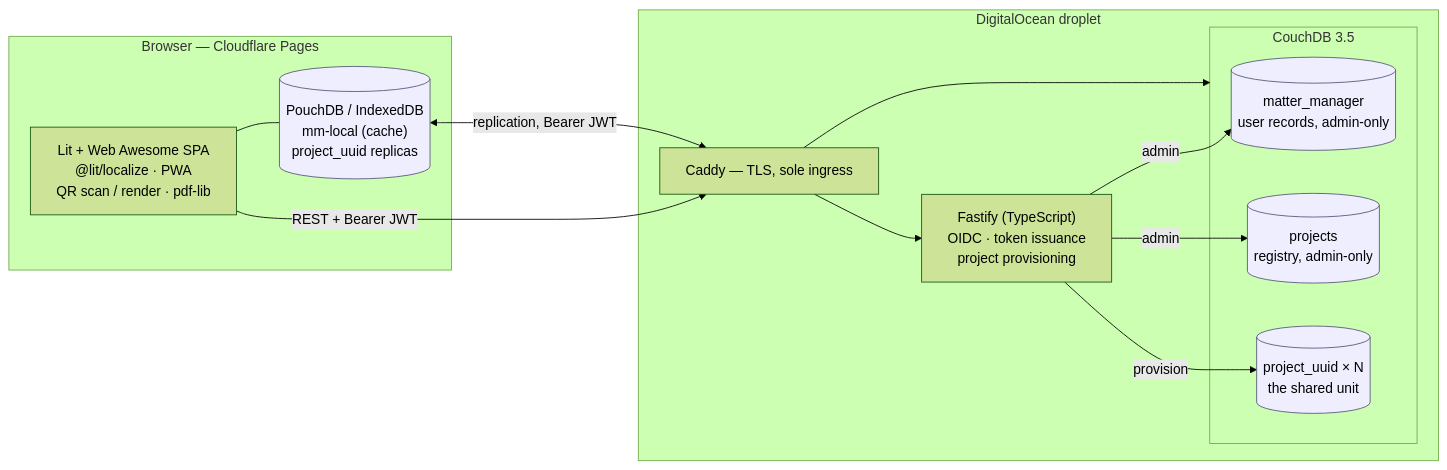
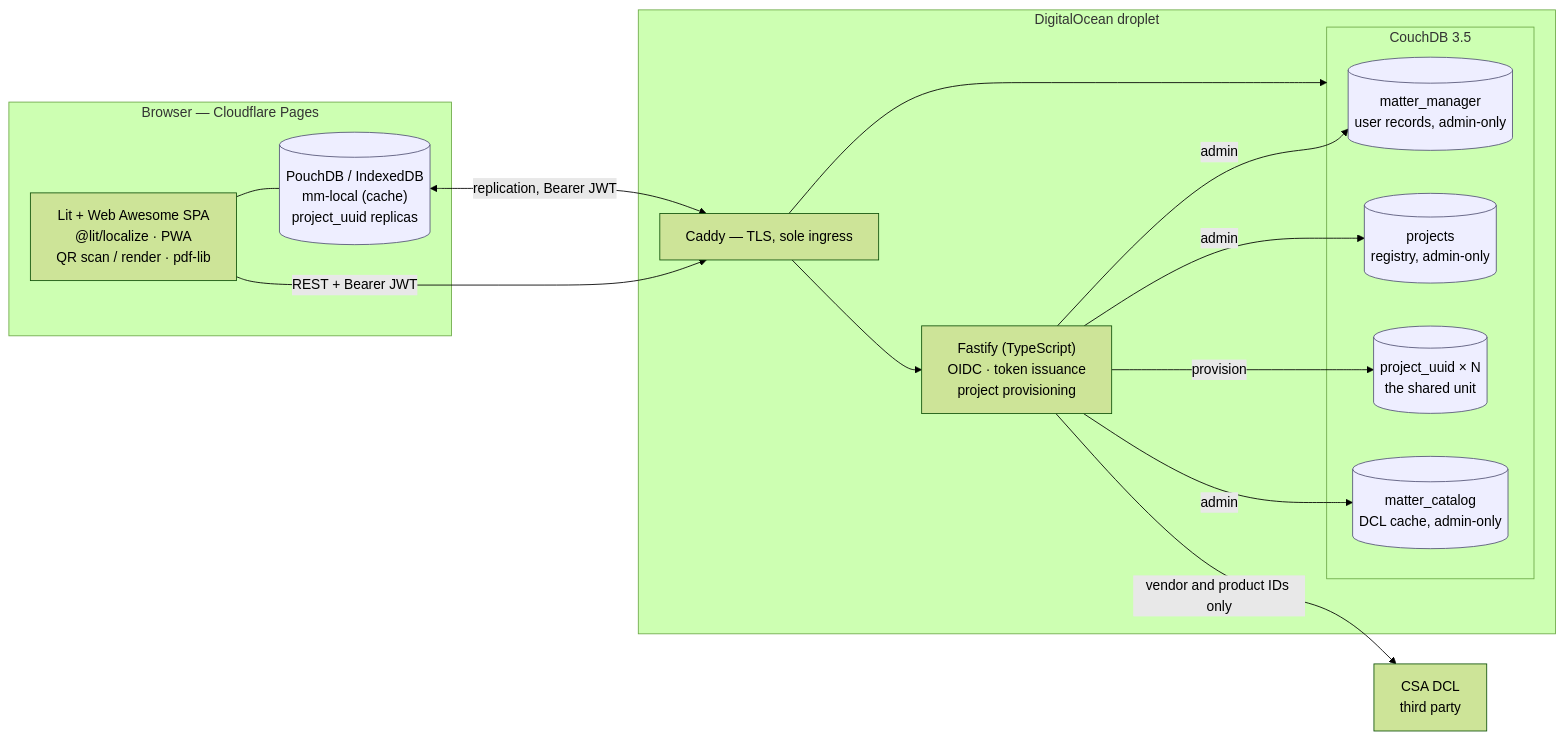
One commit to beyonddemise/matter-manager changed the first of 2 diagrams in docs/ARCHITECTURE.md. Above: the diagram before and after it, drawn with Mermaid (forest theme). The commit also changed other lines of this file and 8 other files, not shown here.

````diff
--- a/docs/ARCHITECTURE.md
+++ b/docs/ARCHITECTURE.md
@@ -8,29 +8,34 @@
 ```mermaid
 flowchart LR
   subgraph B["Browser — Cloudflare Pages"]
     UI["Lit + Web Awesome SPA<br/>@lit/localize · PWA<br/>QR scan / render · pdf-lib"]
     LOCAL[("PouchDB / IndexedDB<br/>mm-local (cache)<br/>project_uuid replicas")]
     UI --- LOCAL
   end
 
   subgraph D["DigitalOcean droplet"]
     CADDY["Caddy — TLS, sole ingress"]
     API["Fastify (TypeScript)<br/>OIDC · token issuance<br/>project provisioning"]
     subgraph CDB["CouchDB 3.5"]
       USERS[("matter_manager<br/>user records, admin-only")]
       REG[("projects<br/>registry, admin-only")]
       PROJ[("project_uuid × N<br/>the shared unit")]
+      CAT[("matter_catalog<br/>DCL cache, admin-only")]
     end
     CADDY --> API
     CADDY --> CDB
     API -->|admin| USERS
     API -->|admin| REG
     API -->|provision| PROJ
+    API -->|admin| CAT
   end
+
+  DCL["CSA DCL<br/>third party"]
+  API -->|"vendor and product IDs only"| DCL
 
   UI -->|"REST + Bearer JWT"| CADDY
   LOCAL <-->|"replication, Bearer JWT"| CADDY
 
   classDef store fill:#eef,stroke:#557
-  class LOCAL,USERS,REG,PROJ store
+  class LOCAL,USERS,REG,PROJ,CAT store
 ```
````
